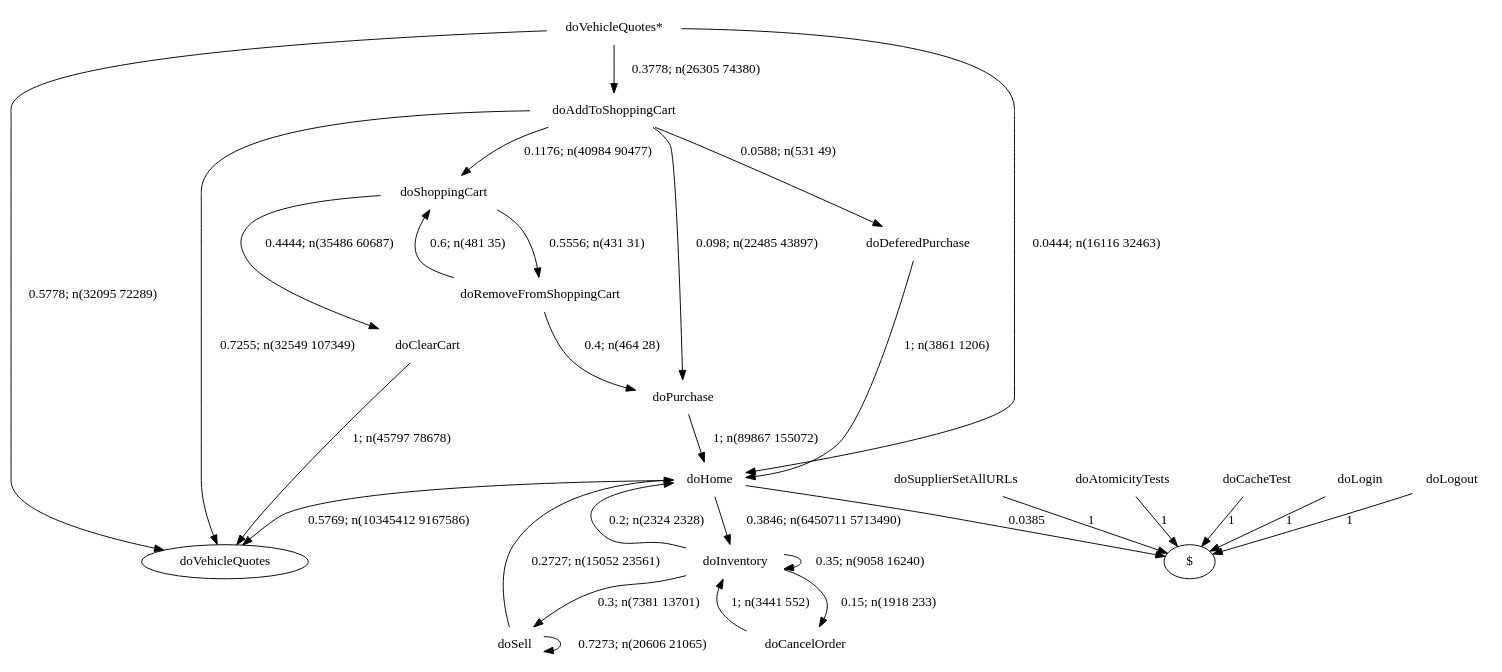
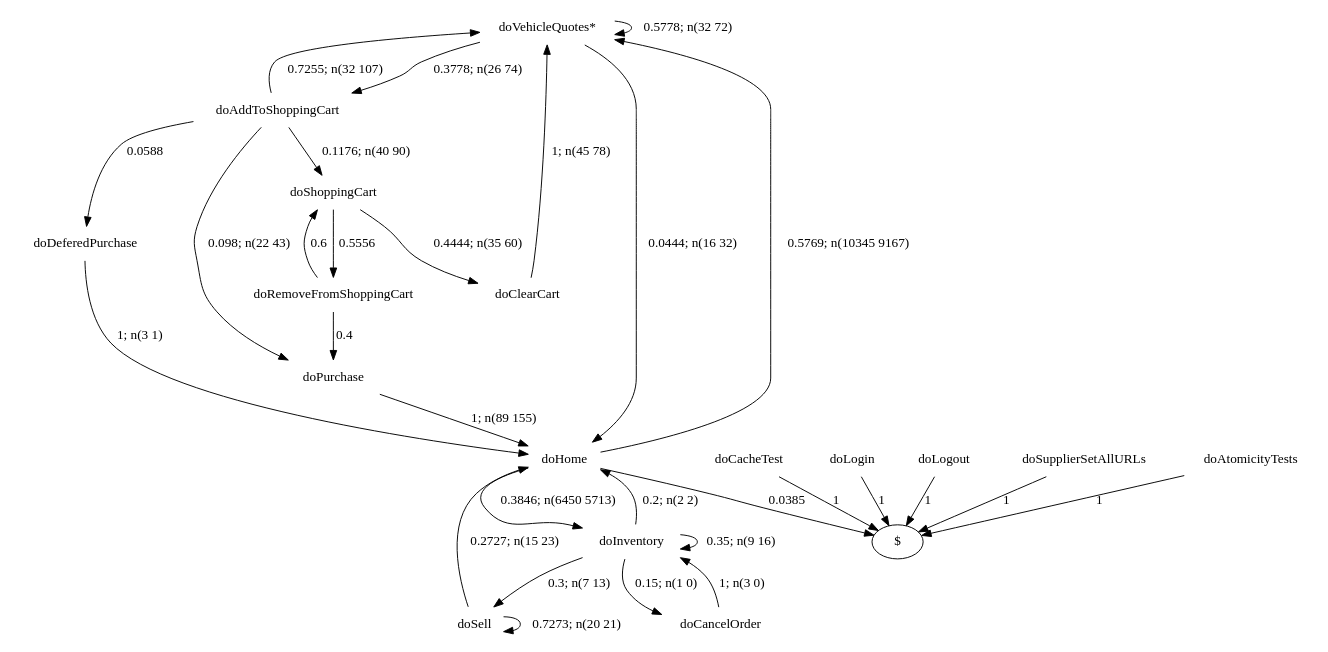
Before and after one commit to alperhi/wessbas.behaviorModelExtractor: the diagram in examples/specj/output/none/graph356.dot, drawn with Graphviz. The commit also changed 545 other files, not shown here.

Commit message:
fixed bug with initial states appearing twice (with and without '*') in a DOT graph; fixed time conversion from nanoseconds to milliseconds (uses TimeUnit now); updated example output and visualizations; removed input sessions with NULL-values from SPECj input folder;

```diff
--- a/examples/specj/output/none/graph356.dot
+++ b/examples/specj/output/none/graph356.dot
@@ -1,47 +1,47 @@
 digraph G {
 "doVehicleQuotes*" [label="doVehicleQuotes*",shape=none];
 "doSupplierSetAllURLs" [label="doSupplierSetAllURLs",shape=none];
 "doAtomicityTests" [label="doAtomicityTests",shape=none];
 "doCacheTest" [label="doCacheTest",shape=none];
 "doLogin" [label="doLogin",shape=none];
 "doAddToShoppingCart" [label="doAddToShoppingCart",shape=none];
 "doDeferedPurchase" [label="doDeferedPurchase",shape=none];
 "doHome" [label="doHome",shape=none];
 "doShoppingCart" [label="doShoppingCart",shape=none];
 "doClearCart" [label="doClearCart",shape=none];
 "doPurchase" [label="doPurchase",shape=none];
 "doInventory" [label="doInventory",shape=none];
 "doSell" [label="doSell",shape=none];
 "doLogout" [label="doLogout",shape=none];
 "doCancelOrder" [label="doCancelOrder",shape=none];
 "doRemoveFromShoppingCart" [label="doRemoveFromShoppingCart",shape=none];
-"doVehicleQuotes*"->"doVehicleQuotes" [style=solid,label="0.5778; n(32095 72289)"];
-"doVehicleQuotes*"->"doAddToShoppingCart" [style=solid,label="0.3778; n(26305 74380)"];
-"doVehicleQuotes*"->"doHome" [style=solid,label="0.0444; n(16116 32463)"];
+"doVehicleQuotes*"->"doVehicleQuotes*" [style=solid,label="0.5778; n(32 72)"];
+"doVehicleQuotes*"->"doAddToShoppingCart" [style=solid,label="0.3778; n(26 74)"];
+"doVehicleQuotes*"->"doHome" [style=solid,label="0.0444; n(16 32)"];
 "doSupplierSetAllURLs"->"$" [style=solid,label="1"];
 "doAtomicityTests"->"$" [style=solid,label="1"];
 "doCacheTest"->"$" [style=solid,label="1"];
 "doLogin"->"$" [style=solid,label="1"];
-"doAddToShoppingCart"->"doVehicleQuotes" [style=solid,label="0.7255; n(32549 107349)"];
-"doAddToShoppingCart"->"doDeferedPurchase" [style=solid,label="0.0588; n(531 49)"];
-"doAddToShoppingCart"->"doShoppingCart" [style=solid,label="0.1176; n(40984 90477)"];
-"doAddToShoppingCart"->"doPurchase" [style=solid,label="0.098; n(22485 43897)"];
-"doDeferedPurchase"->"doHome" [style=solid,label="1; n(3861 1206)"];
-"doHome"->"doVehicleQuotes" [style=solid,label="0.5769; n(10345412 9167586)"];
-"doHome"->"doInventory" [style=solid,label="0.3846; n(6450711 5713490)"];
+"doAddToShoppingCart"->"doVehicleQuotes*" [style=solid,label="0.7255; n(32 107)"];
+"doAddToShoppingCart"->"doDeferedPurchase" [style=solid,label="0.0588"];
+"doAddToShoppingCart"->"doShoppingCart" [style=solid,label="0.1176; n(40 90)"];
+"doAddToShoppingCart"->"doPurchase" [style=solid,label="0.098; n(22 43)"];
+"doDeferedPurchase"->"doHome" [style=solid,label="1; n(3 1)"];
+"doHome"->"doVehicleQuotes*" [style=solid,label="0.5769; n(10345 9167)"];
+"doHome"->"doInventory" [style=solid,label="0.3846; n(6450 5713)"];
 "doHome"->"$" [style=solid,label="0.0385"];
-"doShoppingCart"->"doClearCart" [style=solid,label="0.4444; n(35486 60687)"];
-"doShoppingCart"->"doRemoveFromShoppingCart" [style=solid,label="0.5556; n(431 31)"];
-"doClearCart"->"doVehicleQuotes" [style=solid,label="1; n(45797 78678)"];
-"doPurchase"->"doHome" [style=solid,label="1; n(89867 155072)"];
-"doInventory"->"doHome" [style=solid,label="0.2; n(2324 2328)"];
-"doInventory"->"doInventory" [style=solid,label="0.35; n(9058 16240)"];
-"doInventory"->"doSell" [style=solid,label="0.3; n(7381 13701)"];
-"doInventory"->"doCancelOrder" [style=solid,label="0.15; n(1918 233)"];
-"doSell"->"doHome" [style=solid,label="0.2727; n(15052 23561)"];
-"doSell"->"doSell" [style=solid,label="0.7273; n(20606 21065)"];
+"doShoppingCart"->"doClearCart" [style=solid,label="0.4444; n(35 60)"];
+"doShoppingCart"->"doRemoveFromShoppingCart" [style=solid,label="0.5556"];
+"doClearCart"->"doVehicleQuotes*" [style=solid,label="1; n(45 78)"];
+"doPurchase"->"doHome" [style=solid,label="1; n(89 155)"];
+"doInventory"->"doHome" [style=solid,label="0.2; n(2 2)"];
+"doInventory"->"doInventory" [style=solid,label="0.35; n(9 16)"];
+"doInventory"->"doSell" [style=solid,label="0.3; n(7 13)"];
+"doInventory"->"doCancelOrder" [style=solid,label="0.15; n(1 0)"];
+"doSell"->"doHome" [style=solid,label="0.2727; n(15 23)"];
+"doSell"->"doSell" [style=solid,label="0.7273; n(20 21)"];
 "doLogout"->"$" [style=solid,label="1"];
-"doCancelOrder"->"doInventory" [style=solid,label="1; n(3441 552)"];
-"doRemoveFromShoppingCart"->"doShoppingCart" [style=solid,label="0.6; n(481 35)"];
-"doRemoveFromShoppingCart"->"doPurchase" [style=solid,label="0.4; n(464 28)"];
+"doCancelOrder"->"doInventory" [style=solid,label="1; n(3 0)"];
+"doRemoveFromShoppingCart"->"doShoppingCart" [style=solid,label="0.6"];
+"doRemoveFromShoppingCart"->"doPurchase" [style=solid,label="0.4"];
 }
```
